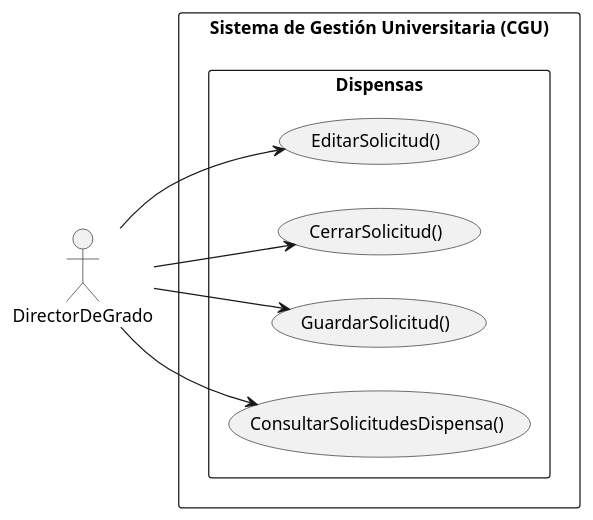
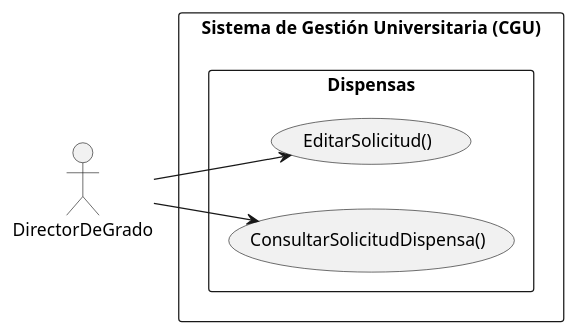
One commit to enmabry/25-26-IdSw1-SdR changed the diagram in documents/CasosDeUso/CasoDeUso/DirectorDeGrado/DirectorDeGrado.puml. Above: the diagram before and after it, drawn with PlantUML. The commit also changed 1 other file, not shown here.

Commit message:
Modificacion CdU DirectorDeGrado

```diff
--- a/documents/CasosDeUso/CasoDeUso/DirectorDeGrado/DirectorDeGrado.puml
+++ b/documents/CasosDeUso/CasoDeUso/DirectorDeGrado/DirectorDeGrado.puml
@@ -1,23 +1,19 @@
 @startuml
 left to right direction
 skinparam packageStyle rectangle
 
 actor DirectorDeGrado
 
 rectangle "Sistema de Gestión Universitaria (CGU)" {
 
     package "Dispensas" {
-        usecase "EditarSolicitud()" as DispensasEditarSolicitudes
-        usecase "CerrarSolicitud()" as DispensasCerrarSolicitudes
-        usecase "GuardarSolicitud()" as DispensasGuardarSolicitudes
-        usecase "ConsultarSolicitudesDispensa()" as DispensasConsultarSolicitudes
+        usecase "EditarSolicitud()" as DispensasEditarSolicitud
+        usecase "ConsultarSolicitudDispensa()" as DispensasConsultarSolicitud
 
     }
 
-    DirectorDeGrado --> DispensasConsultarSolicitudes
-    DirectorDeGrado --> DispensasEditarSolicitudes
-    DirectorDeGrado --> DispensasCerrarSolicitudes
-    DirectorDeGrado --> DispensasGuardarSolicitudes
+    DirectorDeGrado --> DispensasConsultarSolicitud
+    DirectorDeGrado --> DispensasEditarSolicitud
 }
 
 @enduml
```
